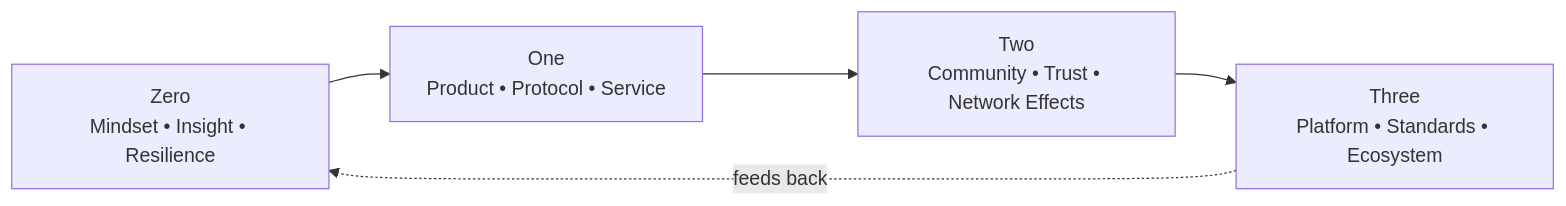
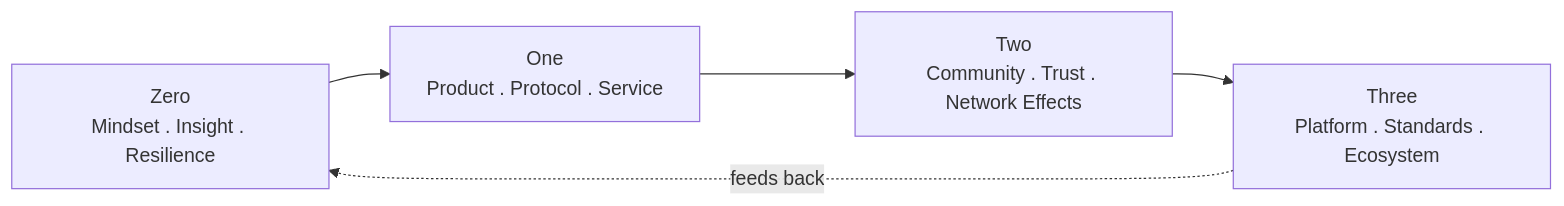
Before and after one commit to aw3-technology/zero-to-three: the diagram in book/front-matter.md, drawn with Mermaid. The commit also changed other lines of this file and 118 other files, not shown here.

````diff
--- a/book/front-matter.md
+++ b/book/front-matter.md
@@ -63,9 +130,9 @@
 ```mermaid
 flowchart LR
-  Z[Zero\nMindset • Insight • Resilience]
-  O[One\nProduct • Protocol • Service]
-  T[Two\nCommunity • Trust • Network Effects]
-  E[Three\nPlatform • Standards • Ecosystem]
+  Z[Zero\nMindset . Insight . Resilience]
+  O[One\nProduct . Protocol . Service]
+  T[Two\nCommunity . Trust . Network Effects]
+  E[Three\nPlatform . Standards . Ecosystem]
   Z --> O --> T --> E
   E -.feeds back .-> Z
 ```
````
